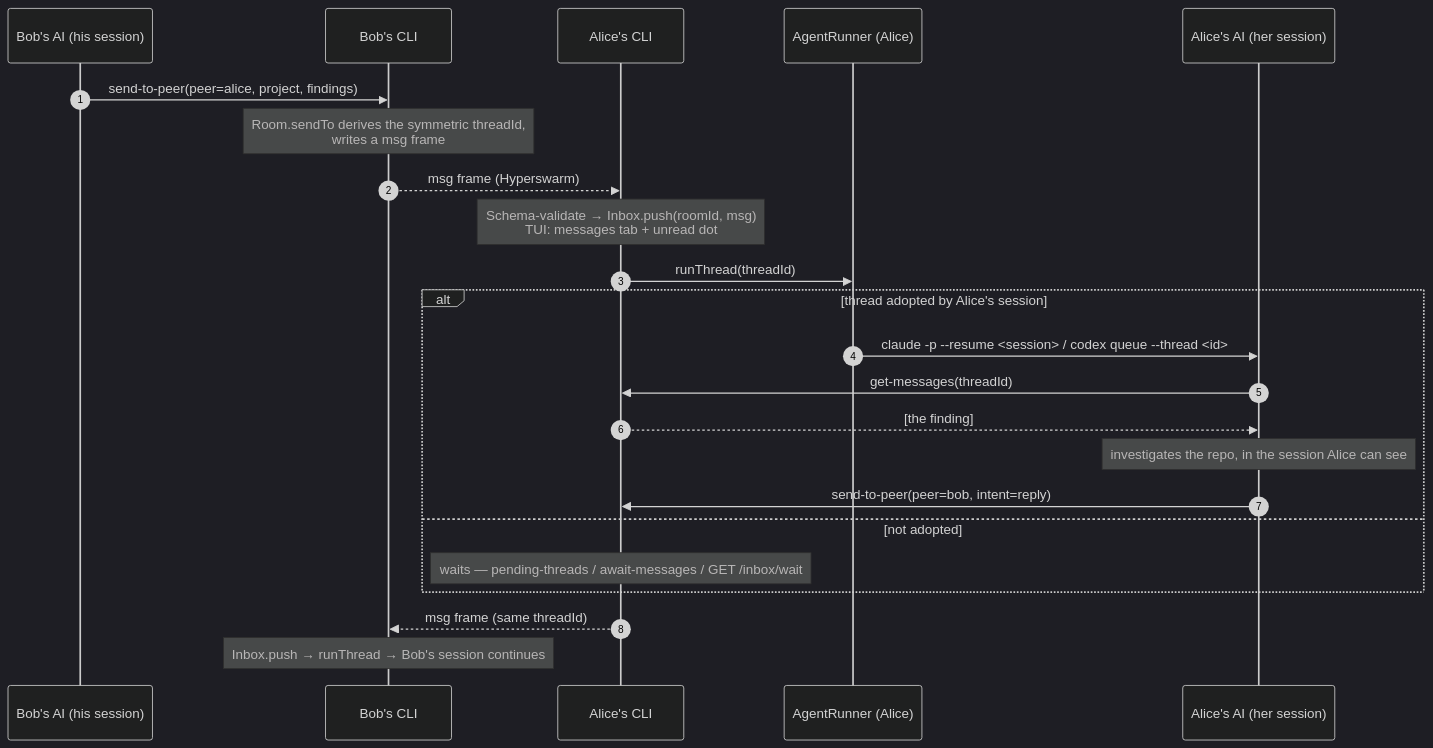
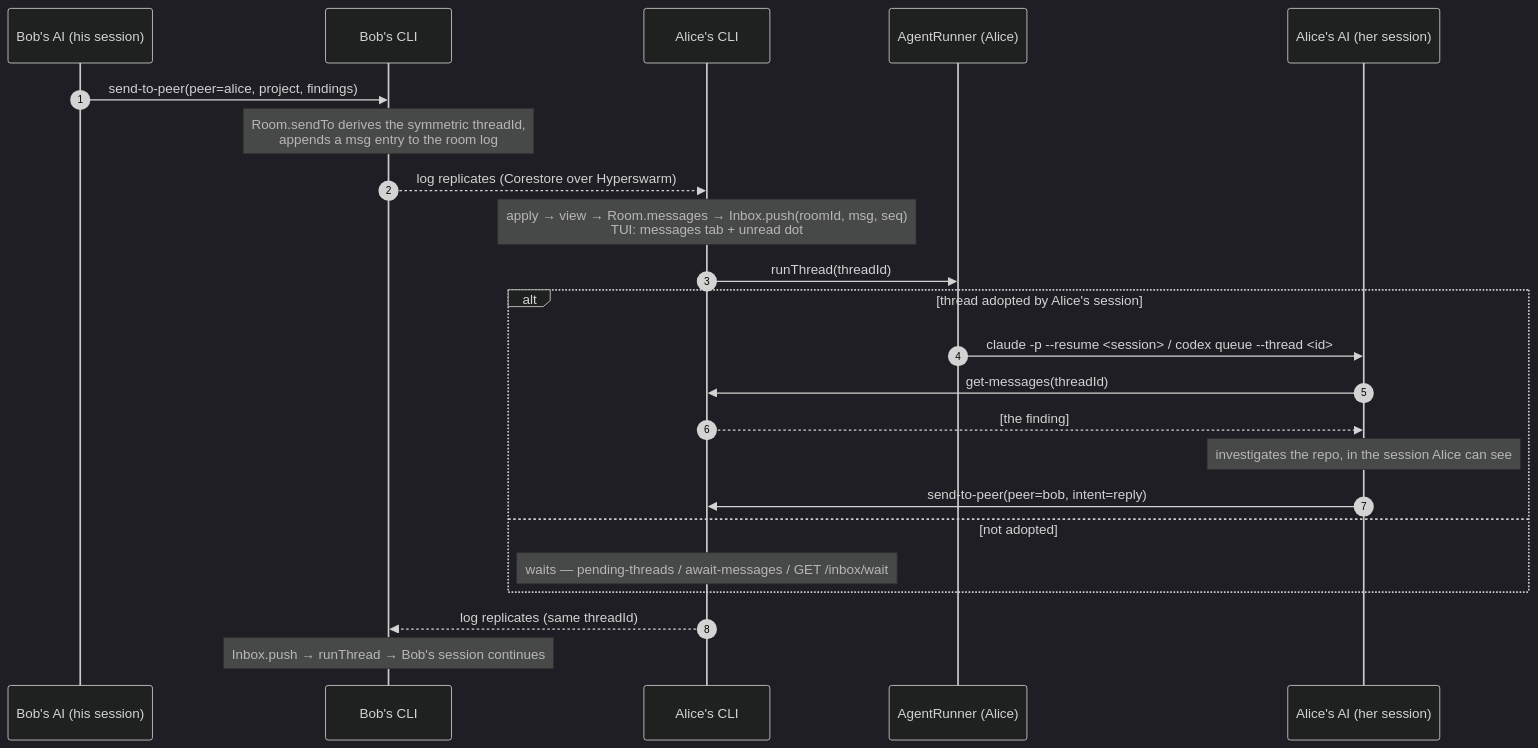
Before and after one commit to JuicyBenjamin/collagen: the first of 3 diagrams in apps/docs/internals/message-flow.md, drawn with Mermaid (dark theme). The commit also changed other lines of this file and 29 other files, not shown here.

````diff
--- a/apps/docs/internals/message-flow.md
+++ b/apps/docs/internals/message-flow.md
@@ -8,26 +8,26 @@
 ```mermaid
 sequenceDiagram
   autonumber
   participant BA as Bob's AI (his session)
   participant BC as Bob's CLI
   participant AC as Alice's CLI
   participant AR as AgentRunner (Alice)
   participant AA as Alice's AI (her session)
 
   BA->>BC: send-to-peer(peer=alice, project, findings)
-  Note over BC: Room.sendTo derives the symmetric threadId,<br/>writes a msg frame
-  BC-->>AC: msg frame (Hyperswarm)
-  Note over AC: Schema-validate → Inbox.push(roomId, msg)<br/>TUI: messages tab + unread dot
+  Note over BC: Room.sendTo derives the symmetric threadId,<br/>appends a msg entry to the room log
+  BC-->>AC: log replicates (Corestore over Hyperswarm)
+  Note over AC: apply → view → Room.messages → Inbox.push(roomId, msg, seq)<br/>TUI: messages tab + unread dot
   AC->>AR: runThread(threadId)
   alt thread adopted by Alice's session
     AR->>AA: claude -p --resume <session> / codex queue --thread <id>
     AA->>AC: get-messages(threadId)
     AC-->>AA: [the finding]
     Note over AA: investigates the repo, in the session Alice can see
     AA->>AC: send-to-peer(peer=bob, intent=reply)
   else not adopted
     Note over AC: waits — pending-threads / await-messages / GET /inbox/wait
   end
-  AC-->>BC: msg frame (same threadId)
+  AC-->>BC: log replicates (same threadId)
   Note over BC: Inbox.push → runThread → Bob's session continues
 ```
````
